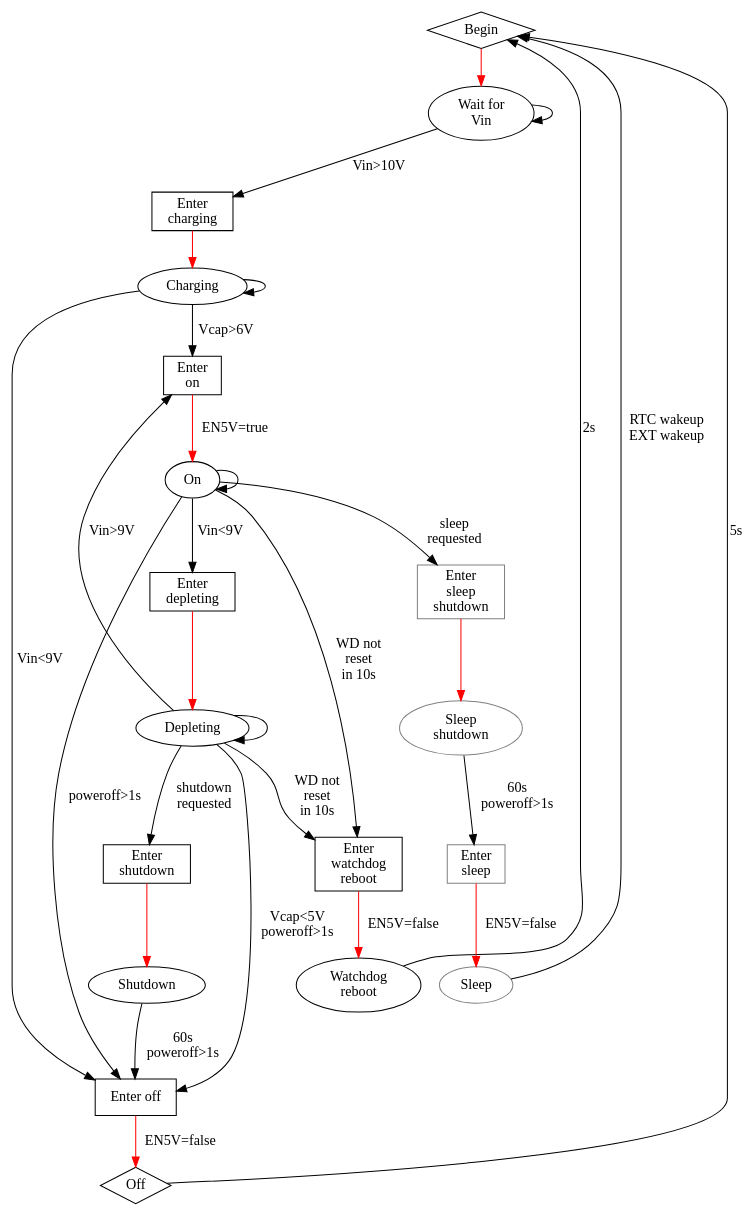
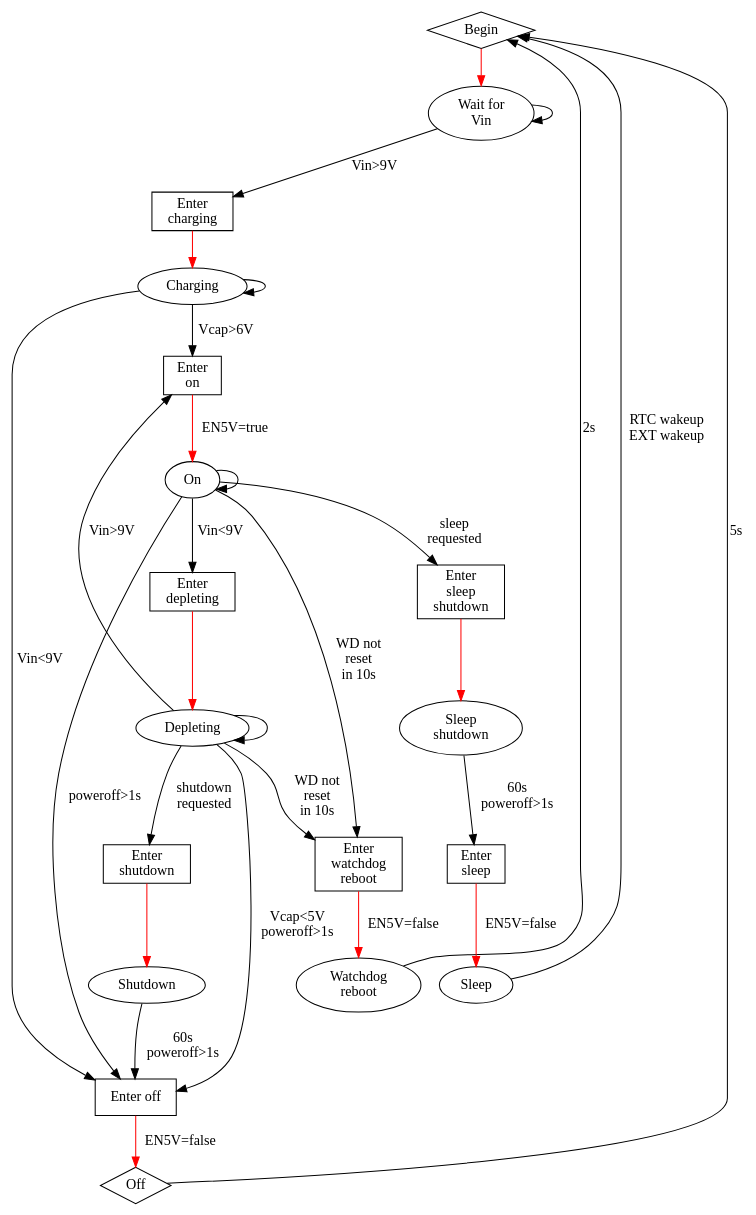
The diagram in state_machine.dot (hatlabs/SH-RPi-firmware), drawn with Graphviz before and after one commit. The commit also changed 4 other files, not shown here.

```diff
--- a/state_machine.dot
+++ b/state_machine.dot
@@ -1,51 +1,51 @@
 digraph G {
 BEGIN [label="Begin",shape=diamond];
 WAIT_VIN_ON [label="Wait for\nVin"];
 ENT_CHARGING [label="Enter\ncharging",shape=box];
 CHARGING [label="Charging"];
 ENT_ON [label="Enter\non",shape=box];
 ON [label="On"];
 ENT_DEPLETING [label="Enter\ndepleting",shape=box];
 DEPLETING [label="Depleting"];
 ENT_SHUTDOWN [label="Enter\nshutdown",shape=box];
 SHUTDOWN [label="Shutdown"];
 ENT_WATCHDOG_REBOOT [label="Enter\nwatchdog\nreboot",shape=box];
 WATCHDOG_REBOOT [label="Watchdog\nreboot"];
 ENT_OFF [label="Enter off",shape=box];
 OFF [label="Off",shape=diamond];
 
-ENT_SLEEP_SHUTDOWN [label="Enter\nsleep\nshutdown",shape=box, color=gray];
-SLEEP_SHUTDOWN [label="Sleep\nshutdown", color=gray];
-ENT_SLEEP [label="Enter\nsleep",shape=box, color=gray];
-SLEEP [label="Sleep", color=gray];
+ENT_SLEEP_SHUTDOWN [label="Enter\nsleep\nshutdown",shape=box];
+SLEEP_SHUTDOWN [label="Sleep\nshutdown"];
+ENT_SLEEP [label="Enter\nsleep",shape=box];
+SLEEP [label="Sleep"];
 
 BEGIN -> WAIT_VIN_ON [color="red",weight=8];
 WAIT_VIN_ON -> WAIT_VIN_ON;
-WAIT_VIN_ON -> ENT_CHARGING [label="Vin>10V"];
+WAIT_VIN_ON -> ENT_CHARGING [label="Vin>9V"];
 ENT_CHARGING -> CHARGING [color="red",weight=8];
 CHARGING -> CHARGING;
 CHARGING -> ENT_ON [label="Vcap>6V"];
 CHARGING -> ENT_OFF [label="Vin<9V"];
 ENT_ON -> ON [color="red",label="EN5V=true",weight=8];
 ON -> ON;
 ON -> ENT_WATCHDOG_REBOOT [label="WD not\nreset\nin 10s"];
 ON -> ENT_DEPLETING [label="Vin<9V"];
 ON -> ENT_OFF [label="poweroff>1s"];
 ON -> ENT_SLEEP_SHUTDOWN [label="sleep\nrequested"];
 ENT_DEPLETING -> DEPLETING [color="red",weight=8];
 DEPLETING -> DEPLETING;
 DEPLETING -> ENT_WATCHDOG_REBOOT [label="WD not\nreset\nin 10s"];
 DEPLETING -> ENT_SHUTDOWN [label="shutdown\nrequested"];
 DEPLETING -> ENT_ON [label="Vin>9V"];
 DEPLETING -> ENT_OFF [label="Vcap<5V\npoweroff>1s"];
 ENT_SHUTDOWN -> SHUTDOWN [color="red",weight=8];
 SHUTDOWN -> ENT_OFF [label="60s\npoweroff>1s"];
 ENT_OFF -> OFF [color="red",label="EN5V=false",weight=8];
 OFF -> BEGIN [label="5s"];
 ENT_WATCHDOG_REBOOT -> WATCHDOG_REBOOT [color="red",label="EN5V=false",weight=8];
 WATCHDOG_REBOOT -> BEGIN [label="2s"];
 ENT_SLEEP_SHUTDOWN -> SLEEP_SHUTDOWN [color="red",weight=8];
 SLEEP_SHUTDOWN -> ENT_SLEEP [label="60s\npoweroff>1s"];
 ENT_SLEEP -> SLEEP [color="red",label="EN5V=false",weight=8];
 SLEEP -> BEGIN [label="RTC wakeup\nEXT wakeup"];
 }
```
